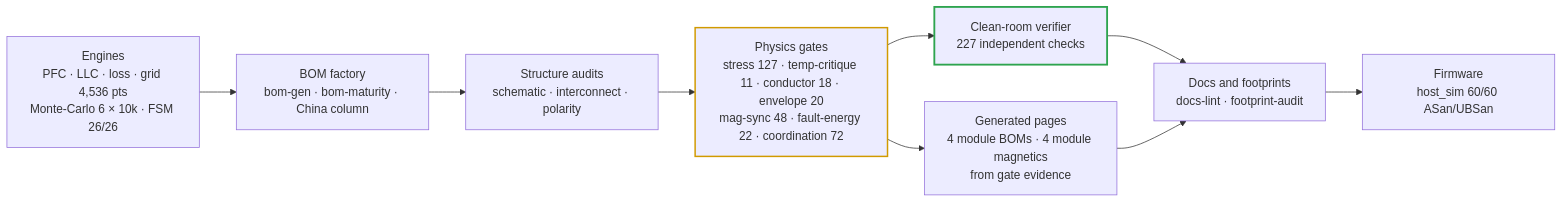
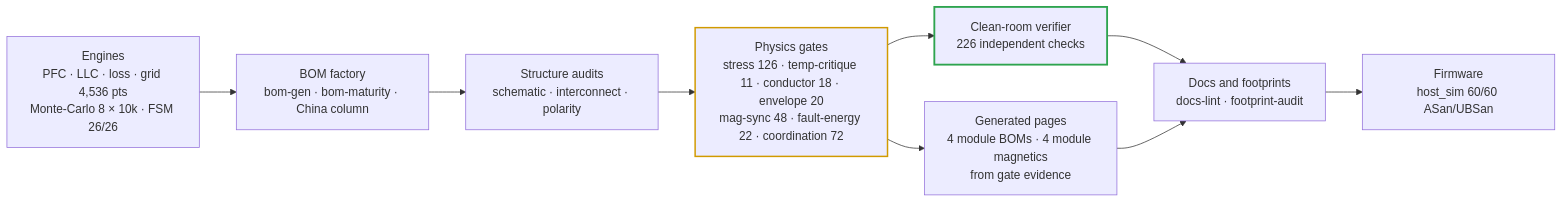
Before and after one commit to vectivolt/DC-Modules: the third of 4 diagrams in README.md, drawn with Mermaid. The commit also changed other lines of this file and 77 other files, not shown here.

````diff
--- a/README.md
+++ b/README.md
@@ -114,13 +117,13 @@
 ```mermaid
 flowchart LR
-  E["Engines<br/>PFC · LLC · loss · grid 4,536 pts<br/>Monte-Carlo 6 × 10k · FSM 26/26"] --> B["BOM factory<br/>bom-gen · bom-maturity · China column"]
+  E["Engines<br/>PFC · LLC · loss · grid 4,536 pts<br/>Monte-Carlo 8 × 10k · FSM 26/26"] --> B["BOM factory<br/>bom-gen · bom-maturity · China column"]
   B --> S["Structure audits<br/>schematic · interconnect · polarity"]
-  S --> P["Physics gates<br/>stress 127 · temp-critique 11 · conductor 18 · envelope 20<br/>mag-sync 48 · fault-energy 22 · coordination 72"]
-  P --> I["Clean-room verifier<br/>227 independent checks"]
+  S --> P["Physics gates<br/>stress 126 · temp-critique 11 · conductor 18 · envelope 20<br/>mag-sync 48 · fault-energy 22 · coordination 72"]
+  P --> I["Clean-room verifier<br/>226 independent checks"]
   I --> D["Docs and footprints<br/>docs-lint · footprint-audit"]
   D --> F["Firmware<br/>host_sim 60/60 ASan/UBSan"]
   P --> G["Generated pages<br/>4 module BOMs · 4 module magnetics<br/>from gate evidence"]
   G --> D
   style I stroke:#2ea44f,stroke-width:2.5px
   style P stroke:#d19a00,stroke-width:2px
 ```
````
